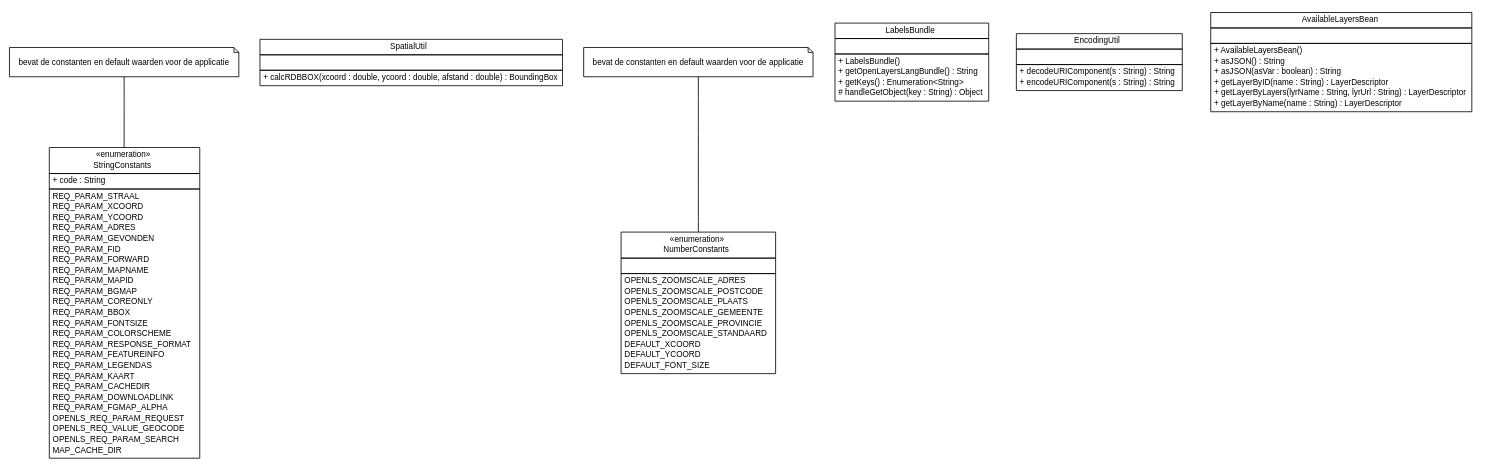
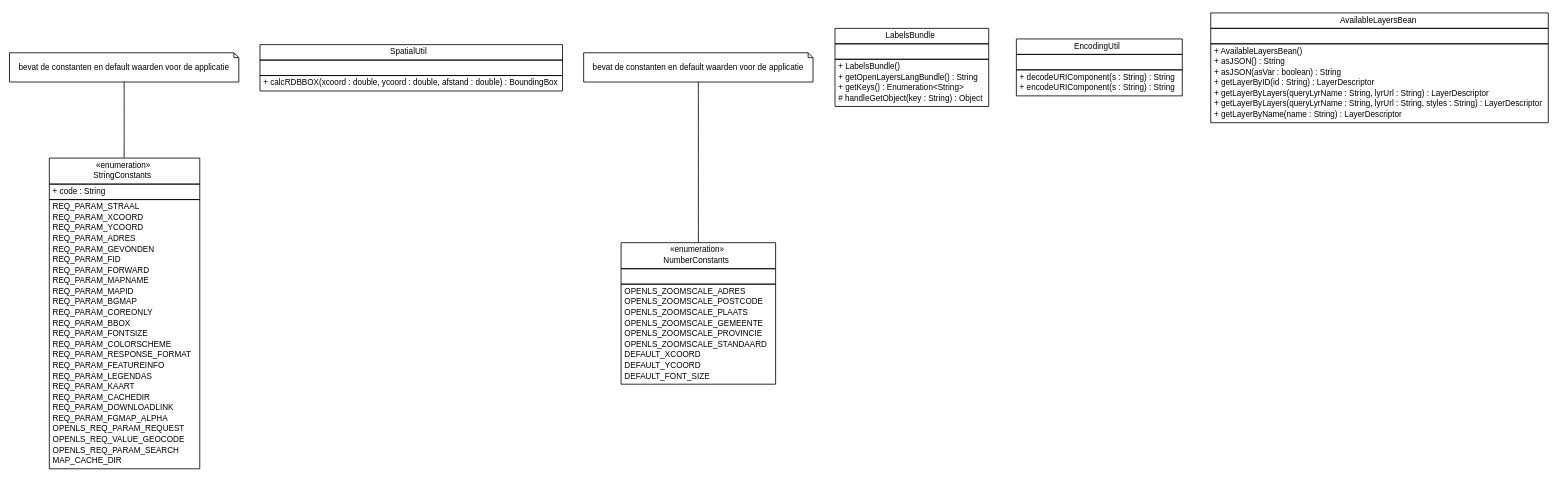
The diagram in apidocs/nl/mineleni/cbsviewer/util/nl.mineleni.cbsviewer.util.dot (MinELenI/CBSviewer), drawn with Graphviz before and after one commit. The commit also changed 373 other files, not shown here.

```diff
--- a/apidocs/nl/mineleni/cbsviewer/util/nl.mineleni.cbsviewer.util.dot
+++ b/apidocs/nl/mineleni/cbsviewer/util/nl.mineleni.cbsviewer.util.dot
@@ -1,141 +1,142 @@
 #!/usr/local/bin/dot
 #
 # Class diagram 
 # Generated by UMLGraph version R5_6 (http://www.umlgraph.org/)
 #
 
 digraph G {
 	edge [fontname="arial",fontsize=10,labelfontname="arial",labelfontsize=10];
 	node [fontname="arial",fontsize=10,shape=plaintext];
 	nodesep=0.25;
 	ranksep=0.5;
 	// nl.mineleni.cbsviewer.util.StringConstants
 	c255 [label=<<table title="nl.mineleni.cbsviewer.util.StringConstants" border="0" cellborder="1" cellspacing="0" cellpadding="2" port="p" href="./StringConstants.html">
 		<tr><td><table border="0" cellspacing="0" cellpadding="1">
 <tr><td align="center" balign="center"> &#171;enumeration&#187; </td></tr>
 <tr><td align="center" balign="center"> StringConstants </td></tr>
 		</table></td></tr>
 		<tr><td><table border="0" cellspacing="0" cellpadding="1">
 <tr><td align="left" balign="left"> + code : String </td></tr>
 		</table></td></tr>
 		<tr><td><table border="0" cellspacing="0" cellpadding="1">
 <tr><td align="left" balign="left"> REQ_PARAM_STRAAL </td></tr>
 <tr><td align="left" balign="left"> REQ_PARAM_XCOORD </td></tr>
 <tr><td align="left" balign="left"> REQ_PARAM_YCOORD </td></tr>
 <tr><td align="left" balign="left"> REQ_PARAM_ADRES </td></tr>
 <tr><td align="left" balign="left"> REQ_PARAM_GEVONDEN </td></tr>
 <tr><td align="left" balign="left"> REQ_PARAM_FID </td></tr>
 <tr><td align="left" balign="left"> REQ_PARAM_FORWARD </td></tr>
 <tr><td align="left" balign="left"> REQ_PARAM_MAPNAME </td></tr>
 <tr><td align="left" balign="left"> REQ_PARAM_MAPID </td></tr>
 <tr><td align="left" balign="left"> REQ_PARAM_BGMAP </td></tr>
 <tr><td align="left" balign="left"> REQ_PARAM_COREONLY </td></tr>
 <tr><td align="left" balign="left"> REQ_PARAM_BBOX </td></tr>
 <tr><td align="left" balign="left"> REQ_PARAM_FONTSIZE </td></tr>
 <tr><td align="left" balign="left"> REQ_PARAM_COLORSCHEME </td></tr>
 <tr><td align="left" balign="left"> REQ_PARAM_RESPONSE_FORMAT </td></tr>
 <tr><td align="left" balign="left"> REQ_PARAM_FEATUREINFO </td></tr>
 <tr><td align="left" balign="left"> REQ_PARAM_LEGENDAS </td></tr>
 <tr><td align="left" balign="left"> REQ_PARAM_KAART </td></tr>
 <tr><td align="left" balign="left"> REQ_PARAM_CACHEDIR </td></tr>
 <tr><td align="left" balign="left"> REQ_PARAM_DOWNLOADLINK </td></tr>
 <tr><td align="left" balign="left"> REQ_PARAM_FGMAP_ALPHA </td></tr>
 <tr><td align="left" balign="left"> OPENLS_REQ_PARAM_REQUEST </td></tr>
 <tr><td align="left" balign="left"> OPENLS_REQ_VALUE_GEOCODE </td></tr>
 <tr><td align="left" balign="left"> OPENLS_REQ_PARAM_SEARCH </td></tr>
 <tr><td align="left" balign="left"> MAP_CACHE_DIR </td></tr>
 		</table></td></tr>
 		</table>>, URL="./StringConstants.html", fontname="arial", fontcolor="black", fontsize=10.0];
 	// Note annotation
 	n0cc255 [label=<<table title="nl.mineleni.cbsviewer.util.StringConstants" border="0" cellborder="0" cellspacing="0" cellpadding="2" port="p" href="./StringConstants.html">
 		<tr><td><table border="0" cellspacing="0" cellpadding="1">
 <tr><td align="left" balign="left"> bevat de constanten en default waarden voor de applicatie </td></tr>
 		</table></td></tr>
 		</table>>, fontname="arial", fontcolor="black", fontsize=10.0, shape=note];
 	n0cc255 -> c255:p[arrowhead=none];
 	// nl.mineleni.cbsviewer.util.SpatialUtil
 	c256 [label=<<table title="nl.mineleni.cbsviewer.util.SpatialUtil" border="0" cellborder="1" cellspacing="0" cellpadding="2" port="p" href="./SpatialUtil.html">
 		<tr><td><table border="0" cellspacing="0" cellpadding="1">
 <tr><td align="center" balign="center"> SpatialUtil </td></tr>
 		</table></td></tr>
 		<tr><td><table border="0" cellspacing="0" cellpadding="1">
 <tr><td align="left" balign="left">  </td></tr>
 		</table></td></tr>
 		<tr><td><table border="0" cellspacing="0" cellpadding="1">
 <tr><td align="left" balign="left"> + calcRDBBOX(xcoord : double, ycoord : double, afstand : double) : BoundingBox </td></tr>
 		</table></td></tr>
 		</table>>, URL="./SpatialUtil.html", fontname="arial", fontcolor="black", fontsize=10.0];
 	// nl.mineleni.cbsviewer.util.NumberConstants
 	c257 [label=<<table title="nl.mineleni.cbsviewer.util.NumberConstants" border="0" cellborder="1" cellspacing="0" cellpadding="2" port="p" href="./NumberConstants.html">
 		<tr><td><table border="0" cellspacing="0" cellpadding="1">
 <tr><td align="center" balign="center"> &#171;enumeration&#187; </td></tr>
 <tr><td align="center" balign="center"> NumberConstants </td></tr>
 		</table></td></tr>
 		<tr><td><table border="0" cellspacing="0" cellpadding="1">
 <tr><td align="left" balign="left">  </td></tr>
 		</table></td></tr>
 		<tr><td><table border="0" cellspacing="0" cellpadding="1">
 <tr><td align="left" balign="left"> OPENLS_ZOOMSCALE_ADRES </td></tr>
 <tr><td align="left" balign="left"> OPENLS_ZOOMSCALE_POSTCODE </td></tr>
 <tr><td align="left" balign="left"> OPENLS_ZOOMSCALE_PLAATS </td></tr>
 <tr><td align="left" balign="left"> OPENLS_ZOOMSCALE_GEMEENTE </td></tr>
 <tr><td align="left" balign="left"> OPENLS_ZOOMSCALE_PROVINCIE </td></tr>
 <tr><td align="left" balign="left"> OPENLS_ZOOMSCALE_STANDAARD </td></tr>
 <tr><td align="left" balign="left"> DEFAULT_XCOORD </td></tr>
 <tr><td align="left" balign="left"> DEFAULT_YCOORD </td></tr>
 <tr><td align="left" balign="left"> DEFAULT_FONT_SIZE </td></tr>
 		</table></td></tr>
 		</table>>, URL="./NumberConstants.html", fontname="arial", fontcolor="black", fontsize=10.0];
 	// Note annotation
 	n0cc257 [label=<<table title="nl.mineleni.cbsviewer.util.NumberConstants" border="0" cellborder="0" cellspacing="0" cellpadding="2" port="p" href="./NumberConstants.html">
 		<tr><td><table border="0" cellspacing="0" cellpadding="1">
 <tr><td align="left" balign="left"> bevat de constanten en default waarden voor de applicatie </td></tr>
 		</table></td></tr>
 		</table>>, fontname="arial", fontcolor="black", fontsize=10.0, shape=note];
 	n0cc257 -> c257:p[arrowhead=none];
 	// nl.mineleni.cbsviewer.util.LabelsBundle
 	c258 [label=<<table title="nl.mineleni.cbsviewer.util.LabelsBundle" border="0" cellborder="1" cellspacing="0" cellpadding="2" port="p" href="./LabelsBundle.html">
 		<tr><td><table border="0" cellspacing="0" cellpadding="1">
 <tr><td align="center" balign="center"> LabelsBundle </td></tr>
 		</table></td></tr>
 		<tr><td><table border="0" cellspacing="0" cellpadding="1">
 <tr><td align="left" balign="left">  </td></tr>
 		</table></td></tr>
 		<tr><td><table border="0" cellspacing="0" cellpadding="1">
 <tr><td align="left" balign="left"> + LabelsBundle() </td></tr>
 <tr><td align="left" balign="left"> + getOpenLayersLangBundle() : String </td></tr>
 <tr><td align="left" balign="left"> + getKeys() : Enumeration&lt;String&gt; </td></tr>
 <tr><td align="left" balign="left"> # handleGetObject(key : String) : Object </td></tr>
 		</table></td></tr>
 		</table>>, URL="./LabelsBundle.html", fontname="arial", fontcolor="black", fontsize=10.0];
 	// nl.mineleni.cbsviewer.util.EncodingUtil
 	c259 [label=<<table title="nl.mineleni.cbsviewer.util.EncodingUtil" border="0" cellborder="1" cellspacing="0" cellpadding="2" port="p" href="./EncodingUtil.html">
 		<tr><td><table border="0" cellspacing="0" cellpadding="1">
 <tr><td align="center" balign="center"> EncodingUtil </td></tr>
 		</table></td></tr>
 		<tr><td><table border="0" cellspacing="0" cellpadding="1">
 <tr><td align="left" balign="left">  </td></tr>
 		</table></td></tr>
 		<tr><td><table border="0" cellspacing="0" cellpadding="1">
 <tr><td align="left" balign="left"> + decodeURIComponent(s : String) : String </td></tr>
 <tr><td align="left" balign="left"> + encodeURIComponent(s : String) : String </td></tr>
 		</table></td></tr>
 		</table>>, URL="./EncodingUtil.html", fontname="arial", fontcolor="black", fontsize=10.0];
 	// nl.mineleni.cbsviewer.util.AvailableLayersBean
 	c260 [label=<<table title="nl.mineleni.cbsviewer.util.AvailableLayersBean" border="0" cellborder="1" cellspacing="0" cellpadding="2" port="p" href="./AvailableLayersBean.html">
 		<tr><td><table border="0" cellspacing="0" cellpadding="1">
 <tr><td align="center" balign="center"> AvailableLayersBean </td></tr>
 		</table></td></tr>
 		<tr><td><table border="0" cellspacing="0" cellpadding="1">
 <tr><td align="left" balign="left">  </td></tr>
 		</table></td></tr>
 		<tr><td><table border="0" cellspacing="0" cellpadding="1">
 <tr><td align="left" balign="left"> + AvailableLayersBean() </td></tr>
 <tr><td align="left" balign="left"> + asJSON() : String </td></tr>
 <tr><td align="left" balign="left"> + asJSON(asVar : boolean) : String </td></tr>
-<tr><td align="left" balign="left"> + getLayerByID(name : String) : LayerDescriptor </td></tr>
-<tr><td align="left" balign="left"> + getLayerByLayers(lyrName : String, lyrUrl : String) : LayerDescriptor </td></tr>
+<tr><td align="left" balign="left"> + getLayerByID(id : String) : LayerDescriptor </td></tr>
+<tr><td align="left" balign="left"> + getLayerByLayers(queryLyrName : String, lyrUrl : String) : LayerDescriptor </td></tr>
+<tr><td align="left" balign="left"> + getLayerByLayers(queryLyrName : String, lyrUrl : String, styles : String) : LayerDescriptor </td></tr>
 <tr><td align="left" balign="left"> + getLayerByName(name : String) : LayerDescriptor </td></tr>
 		</table></td></tr>
 		</table>>, URL="./AvailableLayersBean.html", fontname="arial", fontcolor="black", fontsize=10.0];
 }
```
